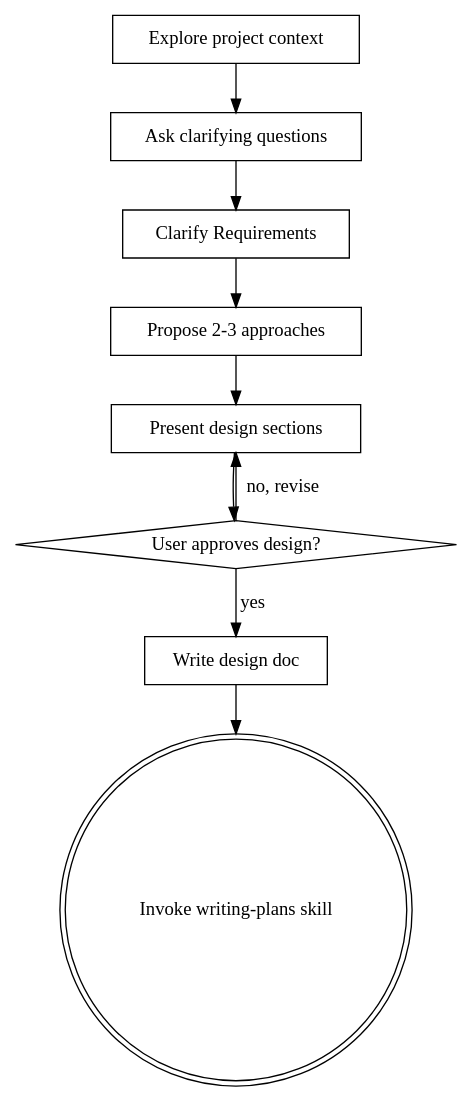
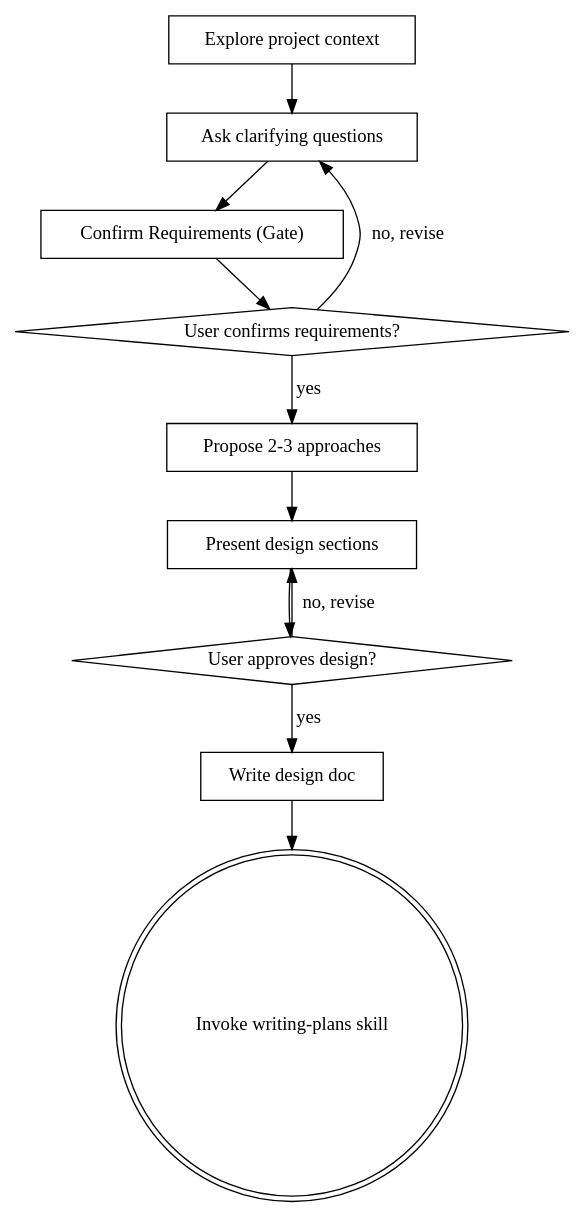
Before and after one commit to dongdokee/port-garden: the diagram in .agents/skills/brainstorming/SKILL.md, drawn with Graphviz. The commit also changed other lines of this file and 4 other files, not shown here.

````diff
--- a/.agents/skills/brainstorming/SKILL.md
+++ b/.agents/skills/brainstorming/SKILL.md
@@ -35,21 +36,24 @@
 ```dot
 digraph brainstorming {
     "Explore project context" [shape=box];
     "Ask clarifying questions" [shape=box];
-    "Clarify Requirements" [shape=box];
+    "Confirm Requirements (Gate)" [shape=box];
+    "User confirms requirements?" [shape=diamond];
     "Propose 2-3 approaches" [shape=box];
     "Present design sections" [shape=box];
     "User approves design?" [shape=diamond];
     "Write design doc" [shape=box];
     "Invoke writing-plans skill" [shape=doublecircle];
 
     "Explore project context" -> "Ask clarifying questions";
-    "Ask clarifying questions" -> "Clarify Requirements";
-    "Clarify Requirements" -> "Propose 2-3 approaches";
+    "Ask clarifying questions" -> "Confirm Requirements (Gate)";
+    "Confirm Requirements (Gate)" -> "User confirms requirements?";
+    "User confirms requirements?" -> "Propose 2-3 approaches" [label="yes"];
+    "User confirms requirements?" -> "Ask clarifying questions" [label="no, revise"];
     "Propose 2-3 approaches" -> "Present design sections";
     "Present design sections" -> "User approves design?";
     "User approves design?" -> "Present design sections" [label="no, revise"];
     "User approves design?" -> "Write design doc" [label="yes"];
     "Write design doc" -> "Invoke writing-plans skill";
 }
 ```
````
